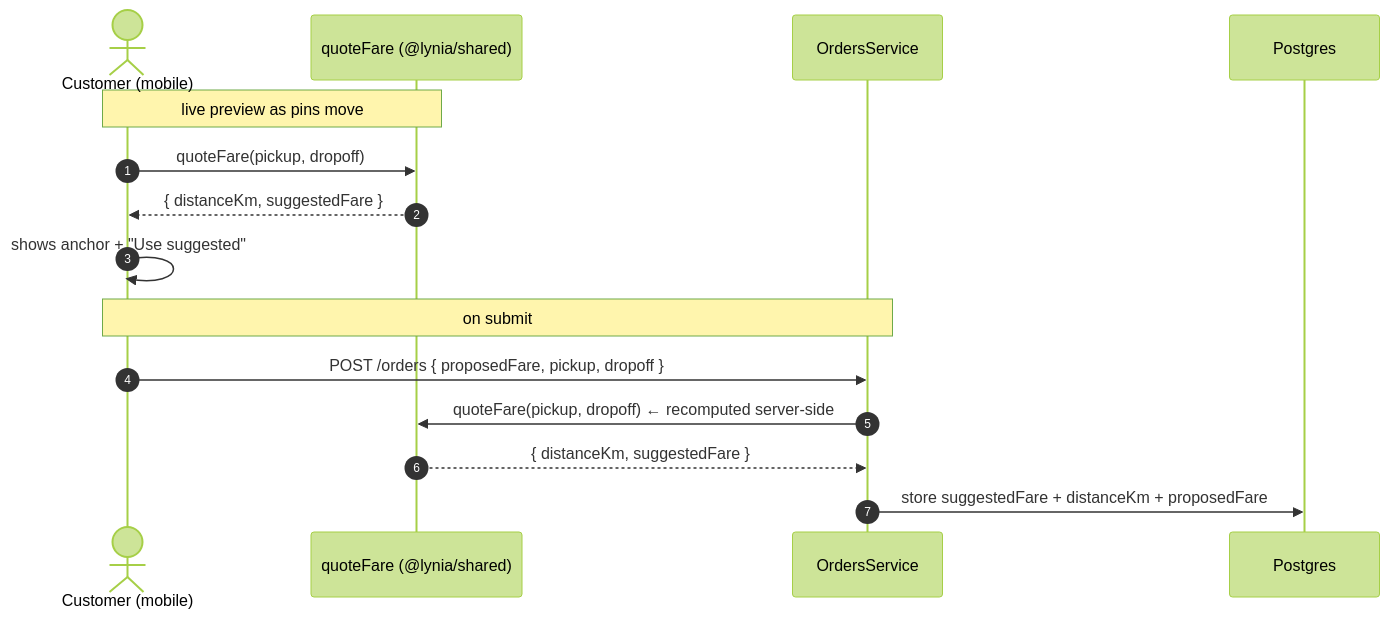
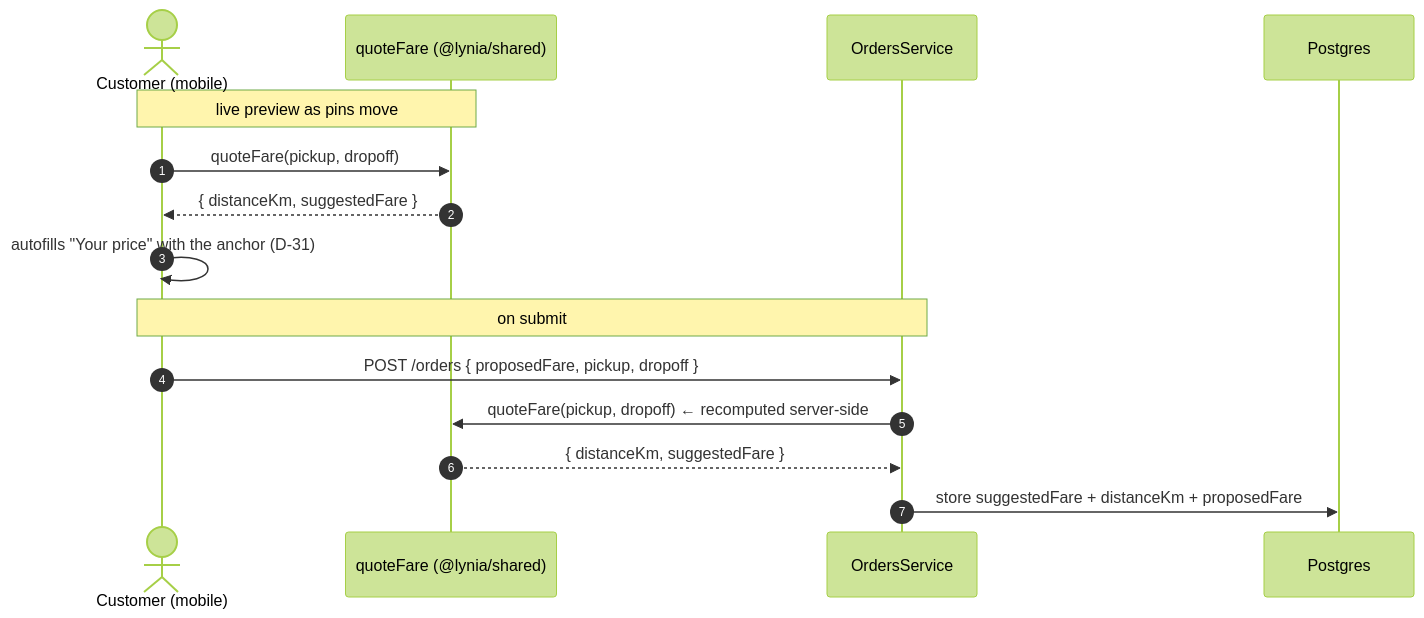
One commit to unnfazzed/Lynia changed the second of 3 diagrams in docs/PRICING.md. Above: the diagram before and after it, drawn with Mermaid (forest theme). The commit also changed other lines of this file and 9 other files, not shown here.

````diff
--- a/docs/PRICING.md
+++ b/docs/PRICING.md
@@ -106,19 +111,19 @@
 ```mermaid
 sequenceDiagram
     autonumber
     actor C as Customer (mobile)
     participant Shared as quoteFare (@lynia/shared)
     participant API as OrdersService
     participant DB as Postgres
 
     Note over C,Shared: live preview as pins move
     C->>Shared: quoteFare(pickup, dropoff)
     Shared-->>C: { distanceKm, suggestedFare }
-    C->>C: shows anchor + "Use suggested"
+    C->>C: autofills "Your price" with the anchor (D-31)
 
     Note over C,API: on submit
     C->>API: POST /orders { proposedFare, pickup, dropoff }
     API->>Shared: quoteFare(pickup, dropoff)  ← recomputed server-side
     Shared-->>API: { distanceKm, suggestedFare }
     API->>DB: store suggestedFare + distanceKm + proposedFare
 ```
````
